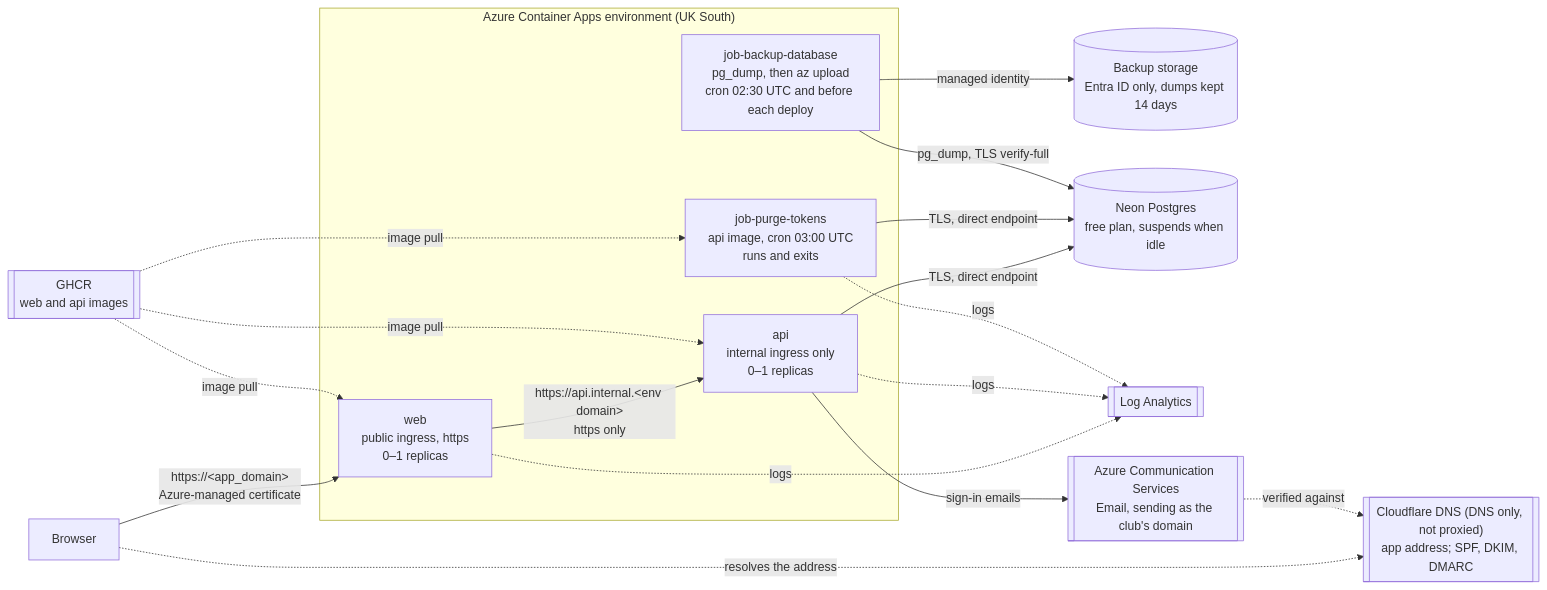
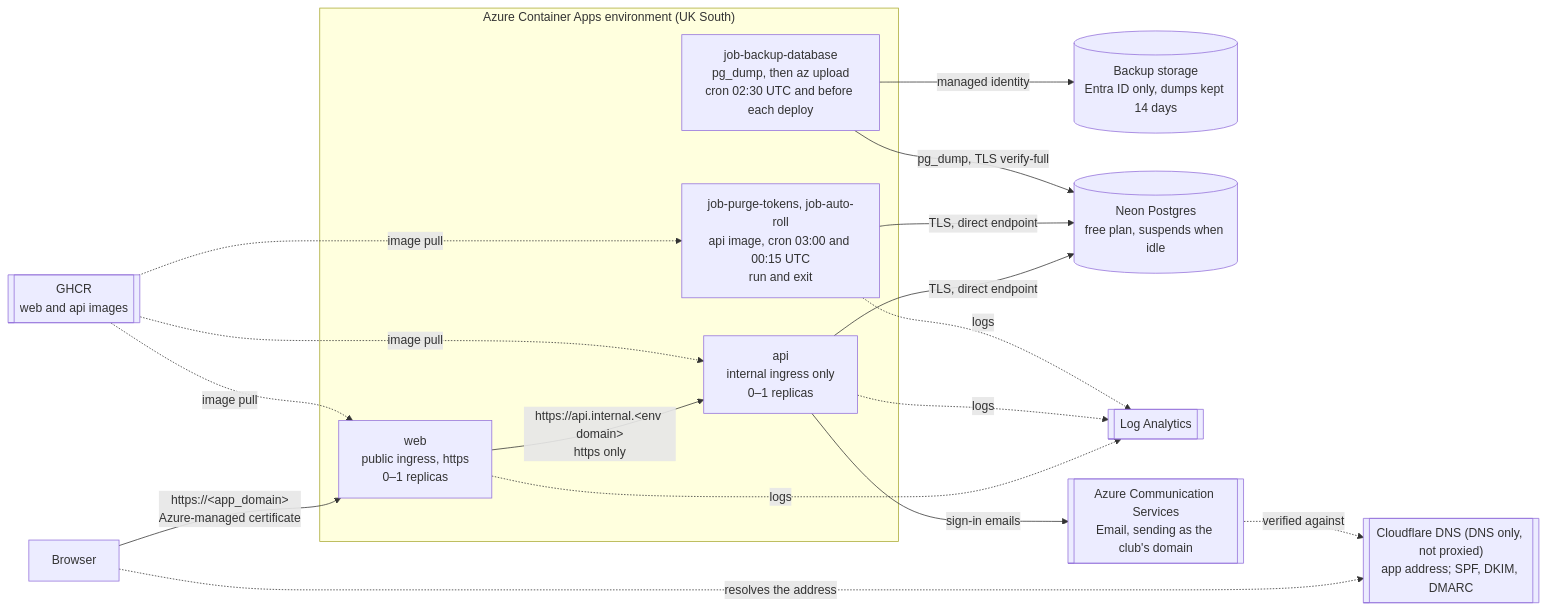
One commit to l1em1on1/social-tennis changed the seventh of 12 diagrams in docs/architecture.md. Above: the diagram before and after it, drawn with Mermaid. The commit also changed other lines of this file and 7 other files, not shown here.

First line of the commit message:
The auto-roll job: auto-rolling Stages close past their deadline (#10, part 4) (#218)

````diff
--- a/docs/architecture.md
+++ b/docs/architecture.md
@@ -359,28 +359,28 @@
 ```mermaid
 flowchart LR
     B[Browser]
     subgraph aca ["Azure Container Apps environment (UK South)"]
         W["web<br/>public ingress, https<br/>0–1 replicas"]
         A["api<br/>internal ingress only<br/>0–1 replicas"]
-        J["job-purge-tokens<br/>api image, cron 03:00 UTC<br/>runs and exits"]
+        J["job-purge-tokens, job-auto-roll<br/>api image, cron 03:00 and 00:15 UTC<br/>run and exit"]
         K["job-backup-database<br/>pg_dump, then az upload<br/>cron 02:30 UTC and before each deploy"]
     end
     S[("Backup storage<br/>Entra ID only, dumps kept 14 days")]
     N[("Neon Postgres<br/>free plan, suspends when idle")]
     G[["GHCR<br/>web and api images"]]
     L[["Log Analytics"]]
     M[["Azure Communication Services<br/>Email, sending as the club's domain"]]
     C[["Cloudflare DNS (DNS only, not proxied)<br/>app address; SPF, DKIM, DMARC"]]
 
     B -->|"https://&lt;app_domain&gt;<br/>Azure-managed certificate"| W
     B -.->|"resolves the address"| C
     W -->|"https://api.internal.&lt;env domain&gt;<br/>https only"| A
     A -->|"TLS, direct endpoint"| N
     J -->|"TLS, direct endpoint"| N
     K -->|"pg_dump, TLS verify-full"| N
     K -->|"managed identity"| S
     G -.->|"image pull"| W & A & J
     W & A & J -.->|"logs"| L
     A -->|"sign-in emails"| M
     M -.->|"verified against"| C
 ```
````
